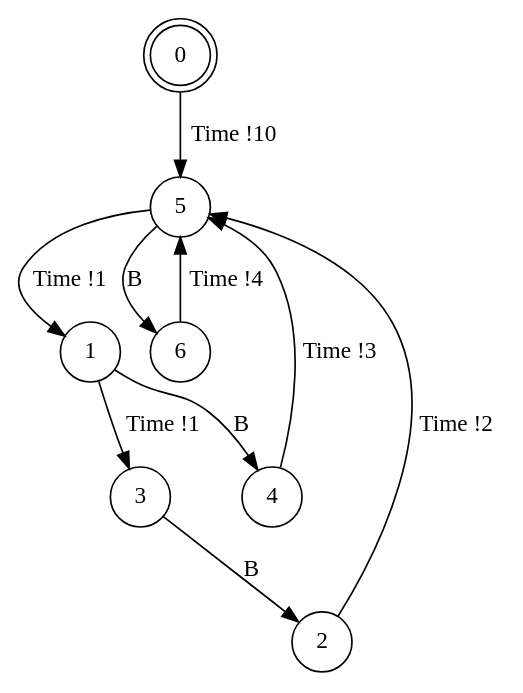
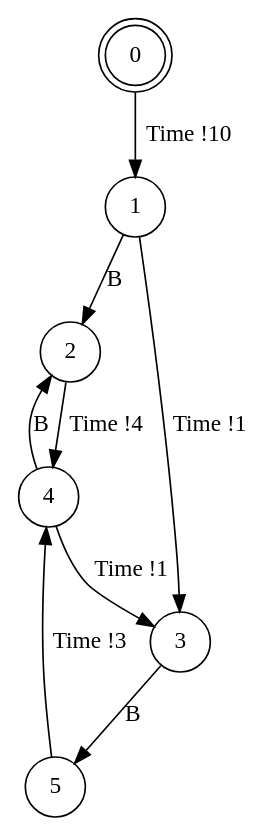
Before and after one commit to irmanfaqrizal/ptsv: the diagram in experiments/example/simple-B-min.dot, drawn with Graphviz. The commit also changed 142 other files, not shown here.

```diff
--- a/experiments/example/simple-B-min.dot
+++ b/experiments/example/simple-B-min.dot
@@ -1,15 +1,14 @@
 digraph BCG {
 size = "7, 10.5";
 center = TRUE;
 node [shape = circle];
 0 [peripheries = 2];
-0 -> 5 [label = "Time !10"];
+0 -> 1 [label = "Time !10"];
+1 -> 2 [label = "B"];
 1 -> 3 [label = "Time !1"];
-1 -> 4 [label = "B"];
-2 -> 5 [label = "Time !2"];
-3 -> 2 [label = "B"];
-4 -> 5 [label = "Time !3"];
-5 -> 6 [label = "B"];
-5 -> 1 [label = "Time !1"];
-6 -> 5 [label = "Time !4"];
+2 -> 4 [label = "Time !4"];
+3 -> 5 [label = "B"];
+4 -> 2 [label = "B"];
+4 -> 3 [label = "Time !1"];
+5 -> 4 [label = "Time !3"];
 }
```
